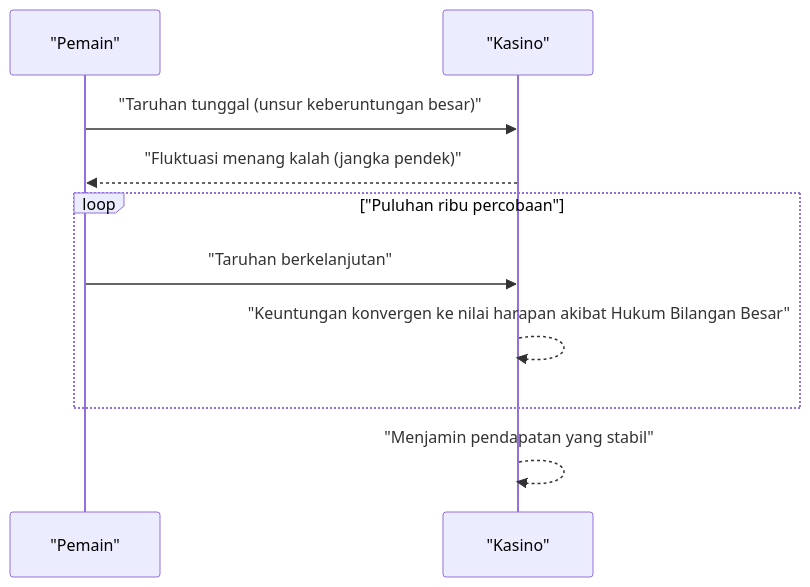
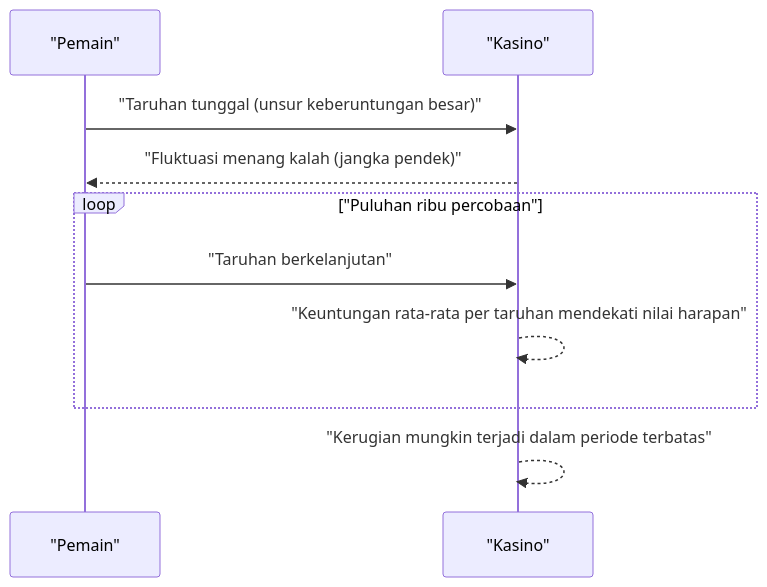
Before and after one commit to kenjinote/blog: the second of 2 diagrams in content/post/law-of-large-numbers/index.id.md, drawn with Mermaid. The commit also changed other lines of this file and 12 other files, not shown here.

````diff
--- a/content/post/law-of-large-numbers/index.id.md
+++ b/content/post/law-of-large-numbers/index.id.md
@@ -53,12 +53,12 @@
 ```mermaid
 sequenceDiagram
     participant P as "Pemain"
     participant C as "Kasino"
     P->>C: "Taruhan tunggal (unsur keberuntungan besar)"
     C-->>P: "Fluktuasi menang kalah (jangka pendek)"
     loop "Puluhan ribu percobaan"
         P->>C: "Taruhan berkelanjutan"
-        C-->>C: "Keuntungan konvergen ke nilai harapan akibat Hukum Bilangan Besar"
+        C-->>C: "Keuntungan rata-rata per taruhan mendekati nilai harapan"
     end
-    C-->>C: "Menjamin pendapatan yang stabil"
+    C-->>C: "Kerugian mungkin terjadi dalam periode terbatas"
 ```
````
